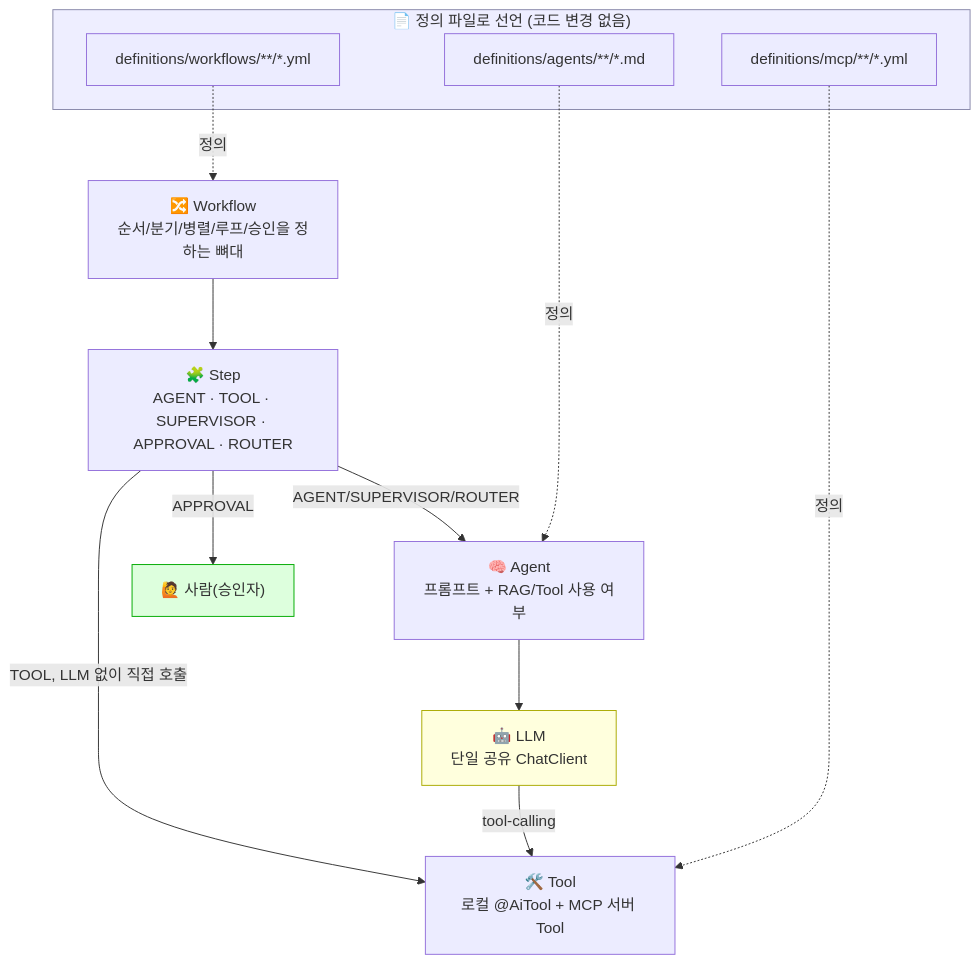
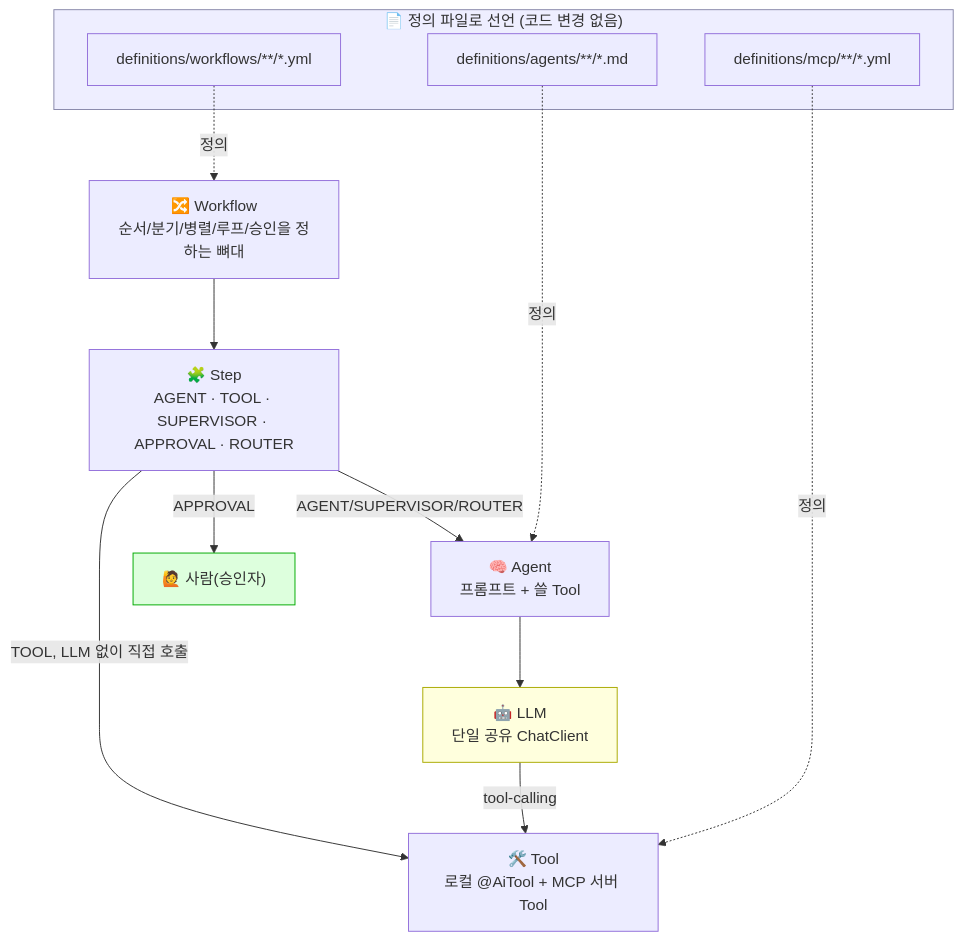
One commit to YongSoekChoeng/dstone changed the first of 10 diagrams in docs/09.dstone-ai-engine.md. Above: the diagram before and after it, drawn with Mermaid. The commit also changed other lines of this file and 72 other files, not shown here.

First line of the commit message:
올린 문서 RAG 개편: 자동 RAG 제거, 문서 Tool 3종, 묶음, 구조 인식 청킹

````diff
--- a/docs/09.dstone-ai-engine.md
+++ b/docs/09.dstone-ai-engine.md
@@ -190,30 +190,30 @@
 ```mermaid
 flowchart TB
     subgraph YAML["📄 정의 파일로 선언 (코드 변경 없음)"]
         WF["definitions/workflows/**/*.yml"]
         AG["definitions/agents/**/*.md"]
         MCP["definitions/mcp/**/*.yml"]
     end
 
     W["🔀 Workflow\n순서/분기/병렬/루프/승인을 정하는 뼈대"]
     S["🧩 Step\nAGENT · TOOL · SUPERVISOR · APPROVAL · ROUTER"]
-    A["🧠 Agent\n프롬프트 + RAG/Tool 사용 여부"]
+    A["🧠 Agent\n프롬프트 + 쓸 Tool"]
     L["🤖 LLM\n단일 공유 ChatClient"]
     H["🙋 사람(승인자)"]
     T["🛠️ Tool\n로컬 @AiTool + MCP 서버 Tool"]
 
     WF -.정의.-> W
     AG -.정의.-> A
     MCP -.정의.-> T
 
     W --> S
     S -->|AGENT/SUPERVISOR/ROUTER| A
     S -->|APPROVAL| H
     A --> L
     L -->|tool-calling| T
     S -->|TOOL, LLM 없이 직접 호출| T
 
     style YAML fill:#eef,stroke:#88a
     style L fill:#ffd,stroke:#aa0
     style H fill:#dfd,stroke:#0a0
 ```
````
